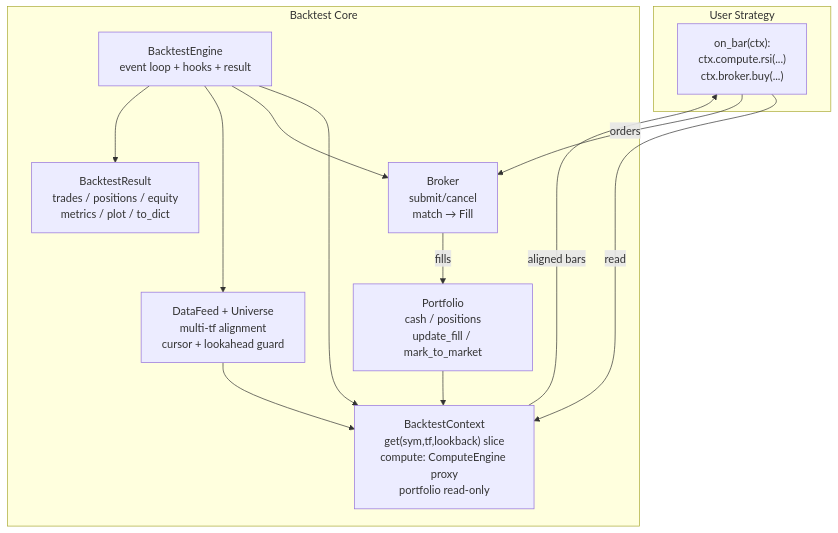
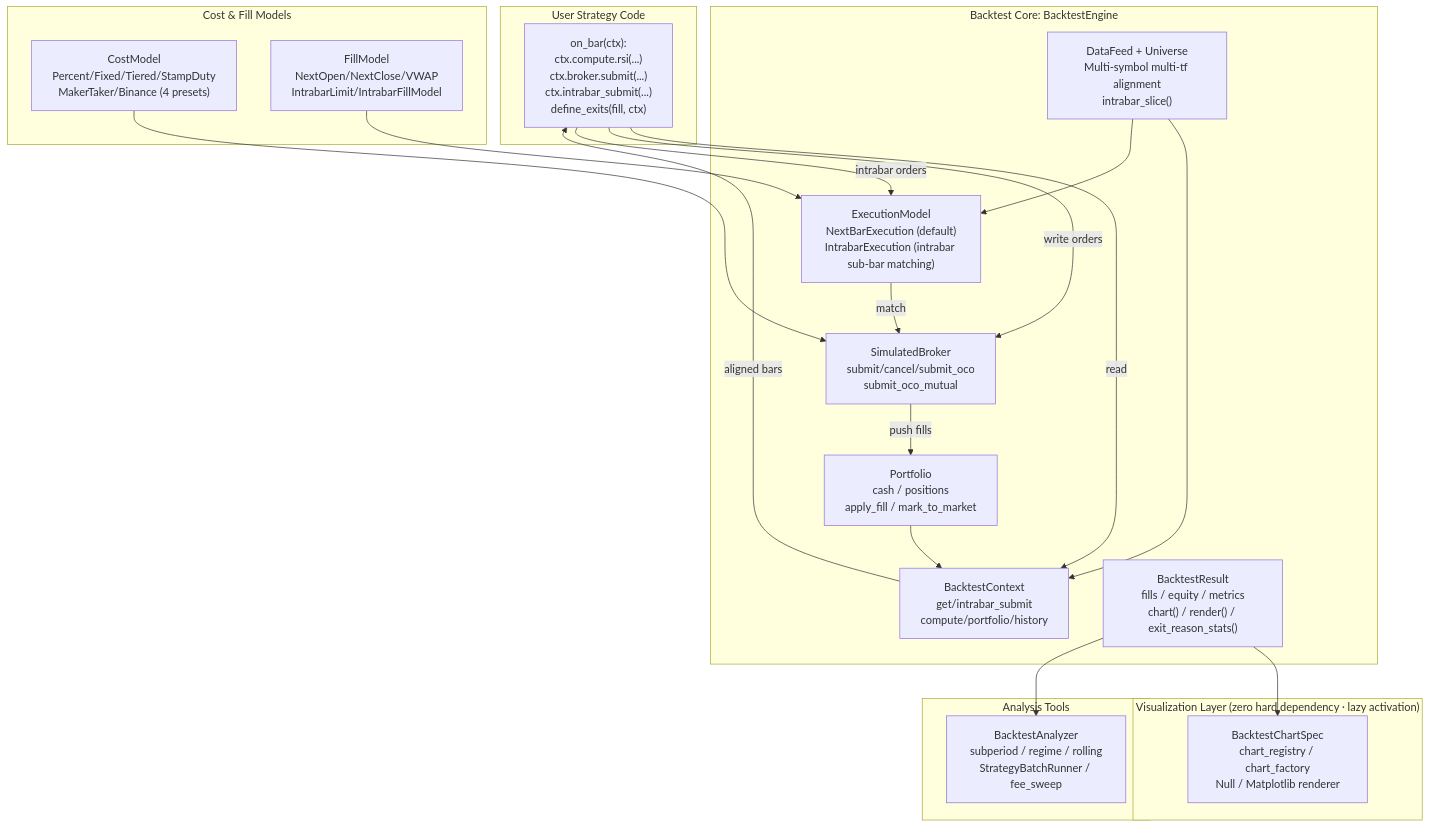
Before and after one commit to RESBI/StockStatistic: diagram 21 of 23 in DESIGN.md, drawn with Mermaid. The commit also changed other lines of this file, not shown here.

````diff
--- a/DESIGN.md
+++ b/DESIGN.md
@@ -1759,24 +1799,42 @@
 ```mermaid
 graph TB
-    subgraph "User Strategy"
-        US["on_bar(ctx):<br/>ctx.compute.rsi(...)<br/>ctx.broker.buy(...)"]
+    subgraph "User Strategy Code"
+        US["on_bar(ctx):<br/>ctx.compute.rsi(...)<br/>ctx.broker.submit(...)<br/>ctx.intrabar_submit(...)<br/>define_exits(fill, ctx)"]
     end
-    subgraph "Backtest Core"
-        CTX["BacktestContext<br/>get(sym,tf,lookback) slice<br/>compute: ComputeEngine proxy<br/>portfolio read-only"]
-        BRK["Broker<br/>submit/cancel<br/>match → Fill"]
-        DF["DataFeed + Universe<br/>multi-tf alignment<br/>cursor + lookahead guard"]
-        PF["Portfolio<br/>cash / positions<br/>update_fill / mark_to_market"]
-        ENG["BacktestEngine<br/>event loop + hooks + result"]
-        RES["BacktestResult<br/>trades / positions / equity<br/>metrics / plot / to_dict"]
+
+    subgraph "Backtest Core: BacktestEngine"
+        CTX["BacktestContext<br/>get/intrabar_submit<br/>compute/portfolio/history"]
+        BRK["SimulatedBroker<br/>submit/cancel/submit_oco<br/>submit_oco_mutual"]
+        DF["DataFeed + Universe<br/>Multi-symbol multi-tf alignment<br/>intrabar_slice()"]
+        PF["Portfolio<br/>cash / positions<br/>apply_fill / mark_to_market"]
+        EM["ExecutionModel<br/>NextBarExecution (default)<br/>IntrabarExecution (intrabar sub-bar matching)"]
+        RES["BacktestResult<br/>fills / equity / metrics<br/>chart() / render() / exit_reason_stats()"]
     end
+
+    subgraph "Cost & Fill Models"
+        CM["CostModel<br/>Percent/Fixed/Tiered/StampDuty<br/>MakerTaker/Binance (4 presets)"]
+        FM["FillModel<br/>NextOpen/NextClose/VWAP<br/>IntrabarLimit/IntrabarFillModel"]
+    end
+
+    subgraph "Visualization Layer (zero hard dependency · lazy activation)"
+        VIZ["BacktestChartSpec<br/>chart_registry / chart_factory<br/>Null / Matplotlib renderer"]
+    end
+
+    subgraph "Analysis Tools"
+        ANA["BacktestAnalyzer<br/>subperiod / regime / rolling<br/>StrategyBatchRunner / fee_sweep"]
+    end
+
     US -->|read| CTX
-    US -->|orders| BRK
+    US -->|write orders| BRK
+    US -->|intrabar orders| EM
     CTX -->|aligned bars| US
-    BRK -->|fills| PF
+    BRK -->|push fills| PF
+    EM -->|match| BRK
     DF --> CTX
+    DF --> EM
     PF --> CTX
-    ENG --> CTX
-    ENG --> BRK
-    ENG --> DF
-    ENG --> RES
+    CM --> BRK
+    FM --> EM
+    RES --> VIZ
+    RES --> ANA
 ```
````
